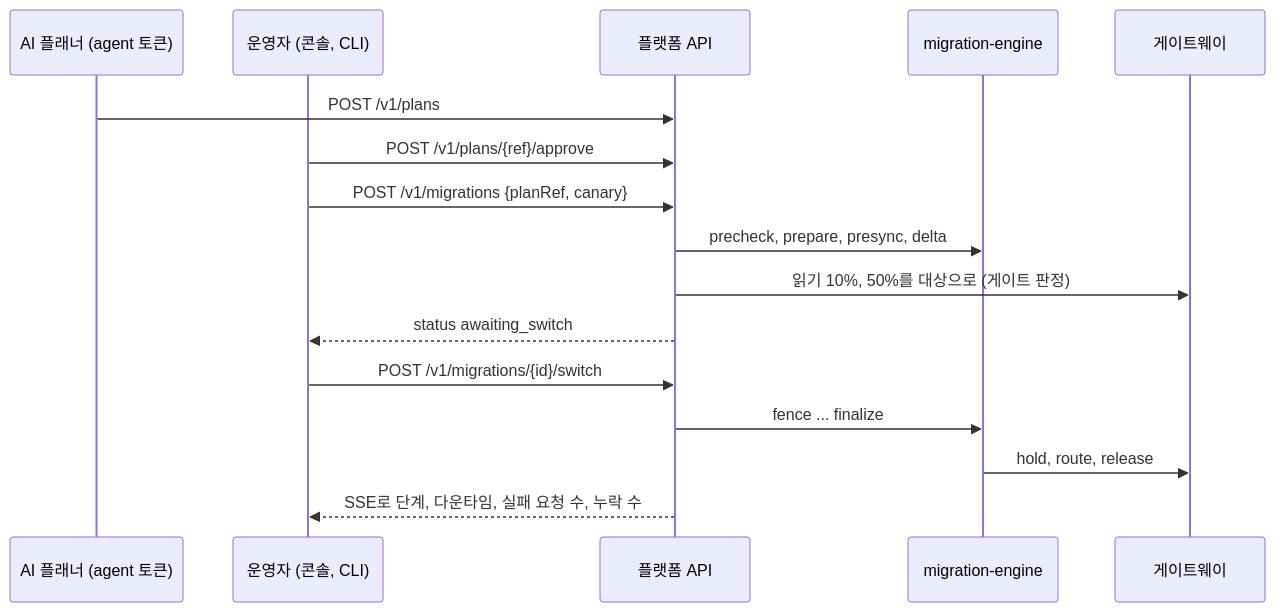
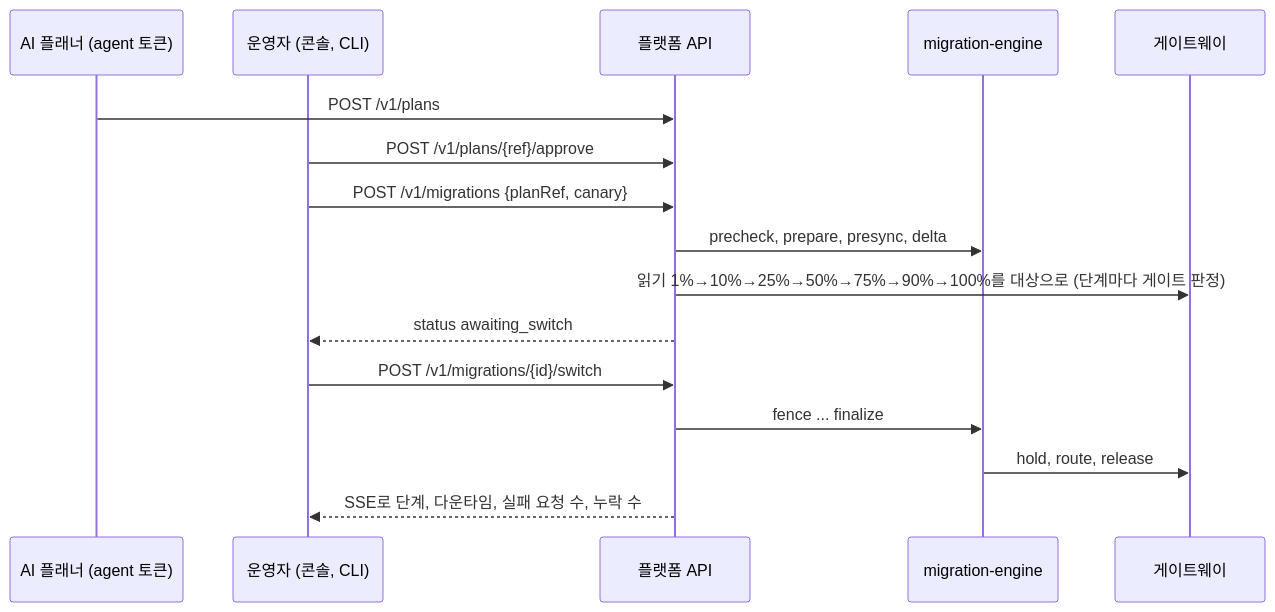
The diagram in README.md (2026-Softbank-Hackathon-Charlie/platform), drawn with Mermaid before and after one commit. The commit also changed 10 other files, not shown here.

````diff
--- a/README.md
+++ b/README.md
@@ -34,19 +34,19 @@
 ```mermaid
 sequenceDiagram
     participant AI as AI 플래너 (agent 토큰)
     participant Op as 운영자 (콘솔, CLI)
     participant API as 플랫폼 API
     participant Eng as migration-engine
     participant GW as 게이트웨이
 
     AI->>API: POST /v1/plans
     Op->>API: POST /v1/plans/{ref}/approve
     Op->>API: POST /v1/migrations {planRef, canary}
     API->>Eng: precheck, prepare, presync, delta
-    API->>GW: 읽기 10%, 50%를 대상으로 (게이트 판정)
+    API->>GW: 읽기 1%→10%→25%→50%→75%→90%→100%를 대상으로 (단계마다 게이트 판정)
     API-->>Op: status awaiting_switch
     Op->>API: POST /v1/migrations/{id}/switch
     API->>Eng: fence ... finalize
     Eng->>GW: hold, route, release
     API-->>Op: SSE로 단계, 다운타임, 실패 요청 수, 누락 수
 ```
````
